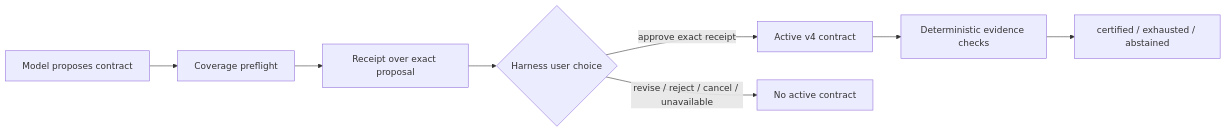
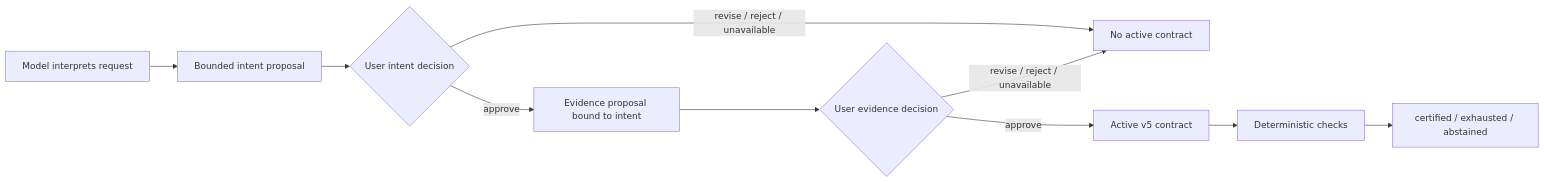
The diagram in docs/CONTRACT_REVIEW.md (chenjie1129/deepseek-harness-reliability-governor), drawn with Mermaid before and after one commit. The commit also changed other lines of this file and 29 other files, not shown here.

Commit message:
feat: add two-stage intent and evidence review

````diff
--- a/docs/CONTRACT_REVIEW.md
+++ b/docs/CONTRACT_REVIEW.md
@@ -14,10 +15,12 @@
 ```mermaid
 flowchart LR
-  M[Model proposes contract] --> C[Coverage preflight]
-  C --> R[Receipt over exact proposal]
-  R --> U{Harness user choice}
-  U -->|approve exact receipt| A[Active v4 contract]
-  U -->|revise / reject / cancel / unavailable| N[No active contract]
-  A --> V[Deterministic evidence checks]
+  M[Model interprets request] --> I[Bounded intent proposal]
+  I --> U{User intent decision}
+  U -->|approve| E[Evidence proposal bound to intent]
+  U -->|revise / reject / unavailable| N[No active contract]
+  E --> C{User evidence decision}
+  C -->|approve| A[Active v5 contract]
+  C -->|revise / reject / unavailable| N
+  A --> V[Deterministic checks]
   V --> T[certified / exhausted / abstained]
 ```
````
